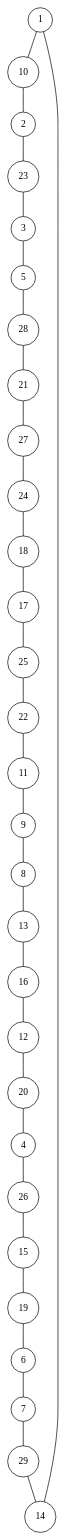
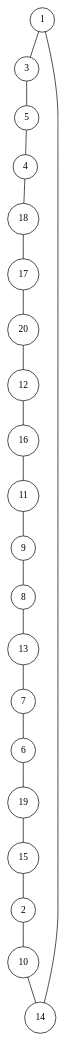
The diagram in data_generated/random1792309082/random1792309082.0.dot (lugot/tsp-approximation), drawn with Graphviz before and after one commit. The commit also changed 29 other files, not shown here.

```diff
--- a/data_generated/random1792309082/random1792309082.0.dot
+++ b/data_generated/random1792309082/random1792309082.0.dot
@@ -1,62 +1,44 @@
 graph random1792309082 {
 	node [shape=circle fillcolor=white]
-	1 [ pos = "0.325126,8.398904!"]
-	2 [ pos = "3.530189,9.207072!"]
-	3 [ pos = "2.399980,12.421124!"]
-	4 [ pos = "11.121301,14.179968!"]
-	5 [ pos = "3.402390,15.094326!"]
-	6 [ pos = "6.493992,5.755461!"]
-	7 [ pos = "8.007042,3.632929!"]
-	8 [ pos = "15.340501,1.772629!"]
-	9 [ pos = "17.676050,5.152776!"]
-	10 [ pos = "2.401061,6.884274!"]
-	11 [ pos = "15.129801,8.757126!"]
-	12 [ pos = "12.228555,10.795380!"]
-	13 [ pos = "13.021399,4.065335!"]
-	14 [ pos = "0.818284,5.937300!"]
-	15 [ pos = "6.749291,7.899056!"]
-	16 [ pos = "12.412601,7.074417!"]
-	17 [ pos = "16.297960,15.942790!"]
-	18 [ pos = "16.281489,18.697940!"]
-	19 [ pos = "8.023474,7.062351!"]
-	20 [ pos = "12.537468,11.425865!"]
-	21 [ pos = "1.816237,19.031460!"]
-	22 [ pos = "17.181326,9.823279!"]
-	23 [ pos = "2.323950,12.181387!"]
-	24 [ pos = "11.595908,20.000000!"]
-	25 [ pos = "17.334163,13.996969!"]
-	26 [ pos = "6.543835,12.123525!"]
-	27 [ pos = "2.413656,18.772389!"]
-	28 [ pos = "2.578466,15.435055!"]
-	29 [ pos = "2.497285,3.396750!"]
+	1 [ pos = "0.347767,8.983774!"]
+	2 [ pos = "3.776019,9.848221!"]
+	3 [ pos = "2.567106,13.286088!"]
+	4 [ pos = "11.895750,15.167412!"]
+	5 [ pos = "3.639321,16.145442!"]
+	6 [ pos = "6.946211,6.156252!"]
+	7 [ pos = "8.564624,3.885914!"]
+	8 [ pos = "16.408760,1.896069!"]
+	9 [ pos = "18.906949,5.511597!"]
+	10 [ pos = "2.568263,7.363671!"]
+	11 [ pos = "16.183388,9.366942!"]
+	12 [ pos = "13.080109,11.547133!"]
+	13 [ pos = "13.928165,4.348431!"]
+	14 [ pos = "0.875267,6.350753!"]
+	15 [ pos = "7.219288,8.449119!"]
+	16 [ pos = "13.276972,7.567055!"]
+	17 [ pos = "17.432894,17.052991!"]
+	18 [ pos = "17.415276,20.000000!"]
+	19 [ pos = "8.582202,7.554148!"]
+	20 [ pos = "13.410534,12.221523!"]
 
-	1 -- 10
-	2 -- 23
+	1 -- 3
+	2 -- 10
 	3 -- 5
-	4 -- 26
-	5 -- 28
-	6 -- 7
-	7 -- 29
+	4 -- 18
+	5 -- 4
+	6 -- 19
+	7 -- 6
 	8 -- 13
 	9 -- 8
-	10 -- 2
+	10 -- 14
 	11 -- 9
-	12 -- 20
-	13 -- 16
+	12 -- 16
+	13 -- 7
 	14 -- 1
-	15 -- 19
-	16 -- 12
-	17 -- 25
+	15 -- 2
+	16 -- 11
+	17 -- 20
 	18 -- 17
-	19 -- 6
-	20 -- 4
-	21 -- 27
-	22 -- 11
-	23 -- 3
-	24 -- 18
-	25 -- 22
-	26 -- 15
-	27 -- 24
-	28 -- 21
-	29 -- 14
+	19 -- 15
+	20 -- 12
 }
```
